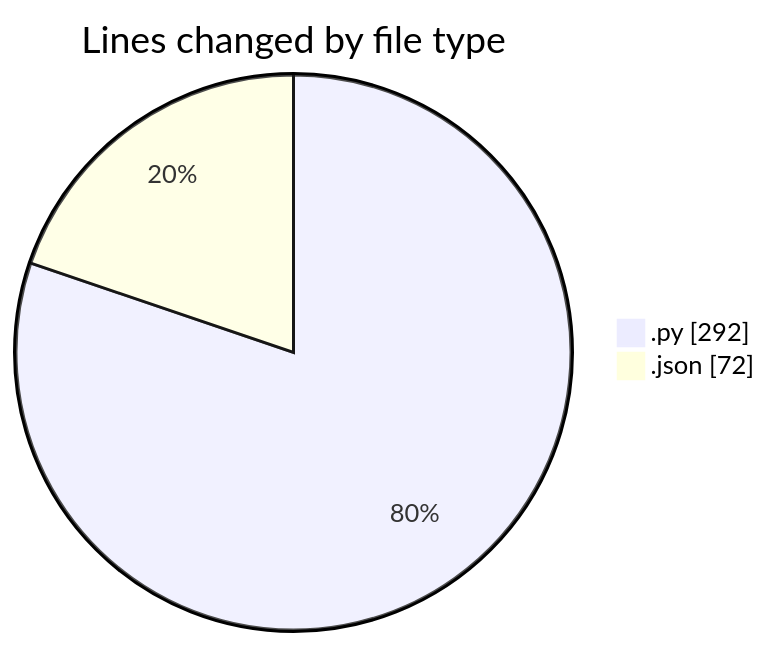
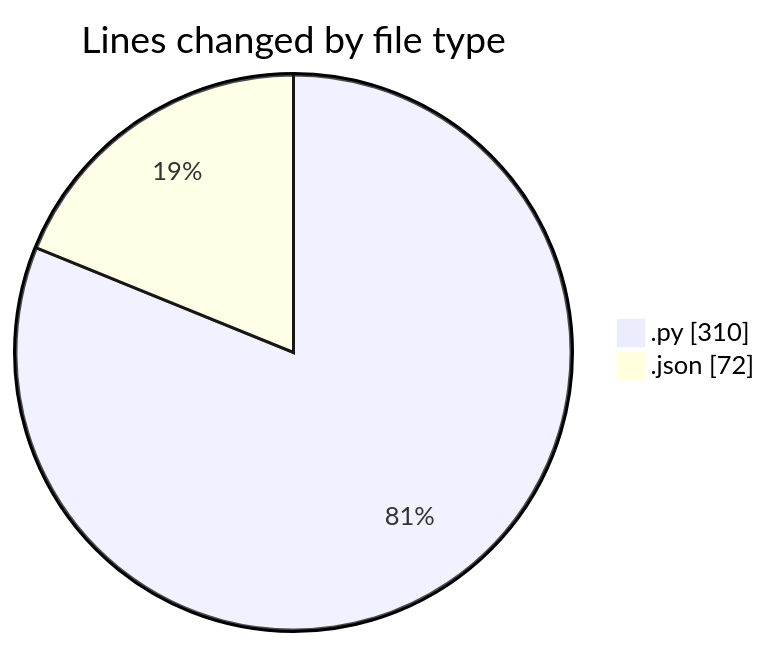
The first of 2 diagrams in 2025-02-23/samplepdf/README.md (momahboobian/code-tracking), drawn with Mermaid before and after one commit. The commit also changed other lines of this file and 1 other file, not shown here.

````diff
--- a/2025-02-23/samplepdf/README.md
+++ b/2025-02-23/samplepdf/README.md
@@ -25,6 +26,6 @@
 ```mermaid
 pie showData
 title Lines changed by file type
-".py" : 292
+".py" : 310
 ".json" : 72
 ```
````
